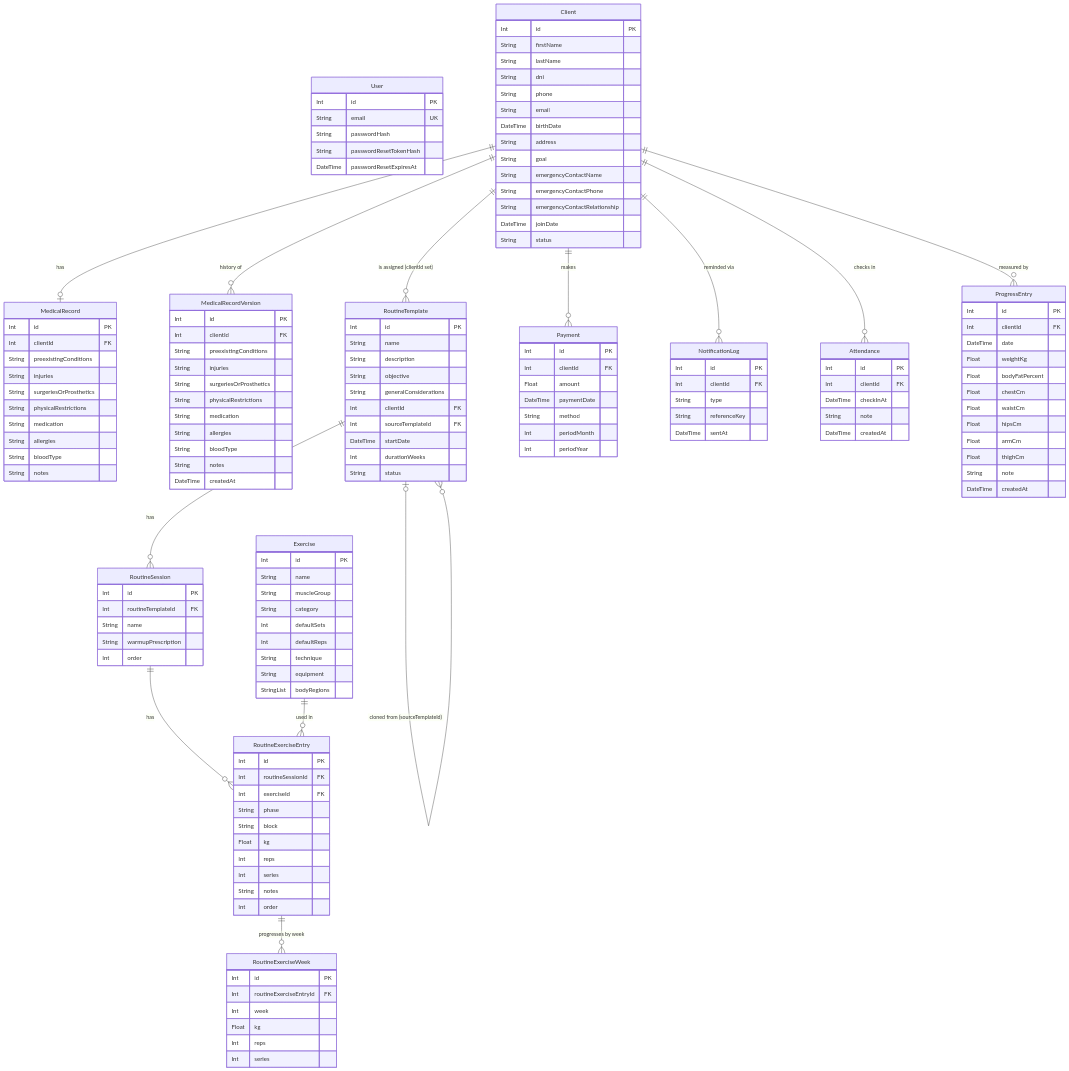
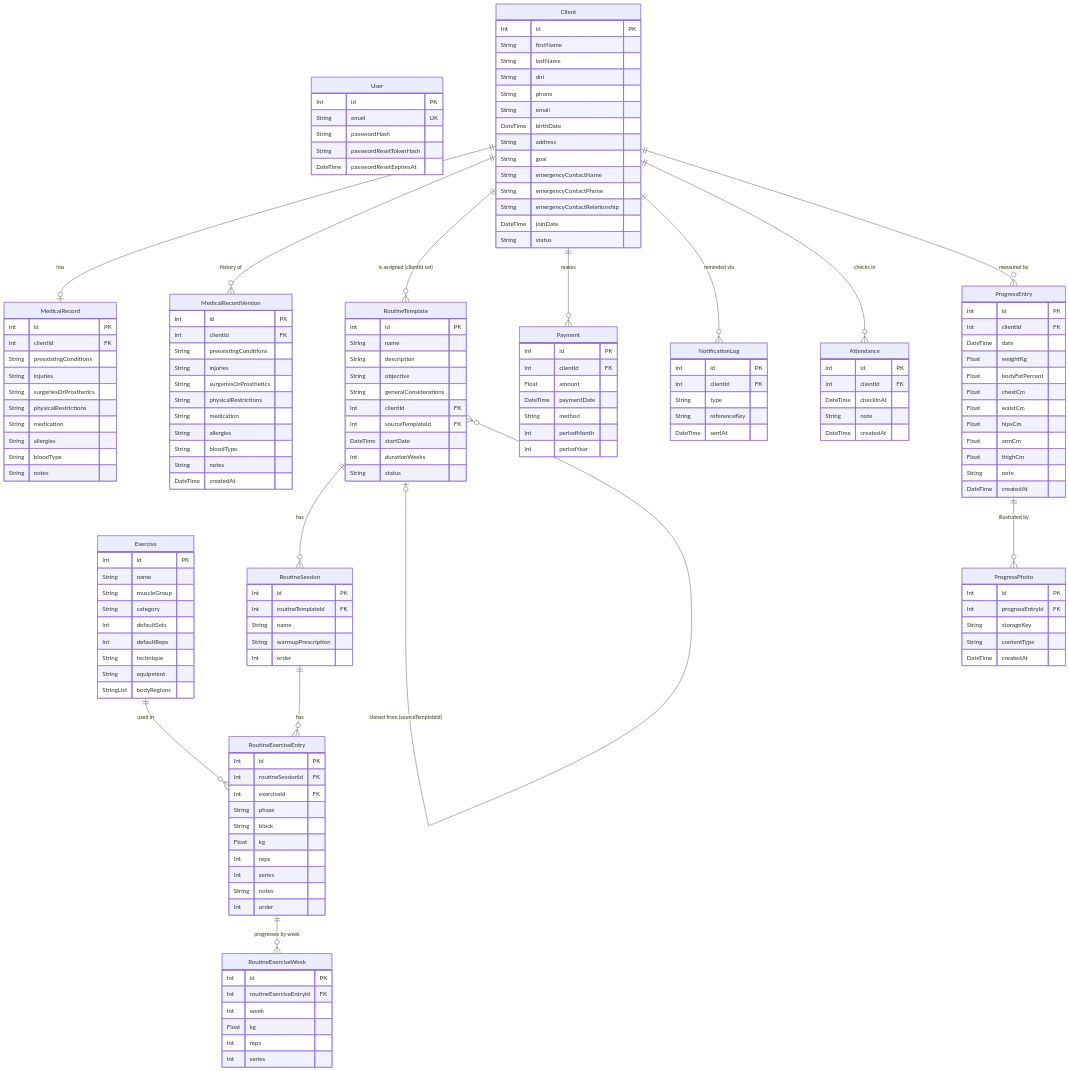
The diagram in docs/data-model.md (leortega33/AI4Devs-finalproject), drawn with Mermaid before and after one commit. The commit also changed other lines of this file and 46 other files, not shown here.

Commit message:
feat(progress): progress photos with pluggable storage (US-026b)

```diff
--- a/docs/data-model.md
+++ b/docs/data-model.md
@@ -356,6 +373,13 @@
         String note
         DateTime createdAt
     }
+    ProgressPhoto {
+        Int id PK
+        Int progressEntryId FK
+        String storageKey
+        String contentType
+        DateTime createdAt
+    }
 
     Client ||--o| MedicalRecord : "has"
     Client ||--o{ MedicalRecordVersion : "history of"
@@ -364,6 +388,7 @@
     Client ||--o{ NotificationLog : "reminded via"
     Client ||--o{ Attendance : "checks in"
     Client ||--o{ ProgressEntry : "measured by"
+    ProgressEntry ||--o{ ProgressPhoto : "illustrated by"
 
     RoutineTemplate ||--o{ RoutineSession : "has"
     RoutineTemplate |o--o{ RoutineTemplate : "cloned from (sourceTemplateId)"
```
